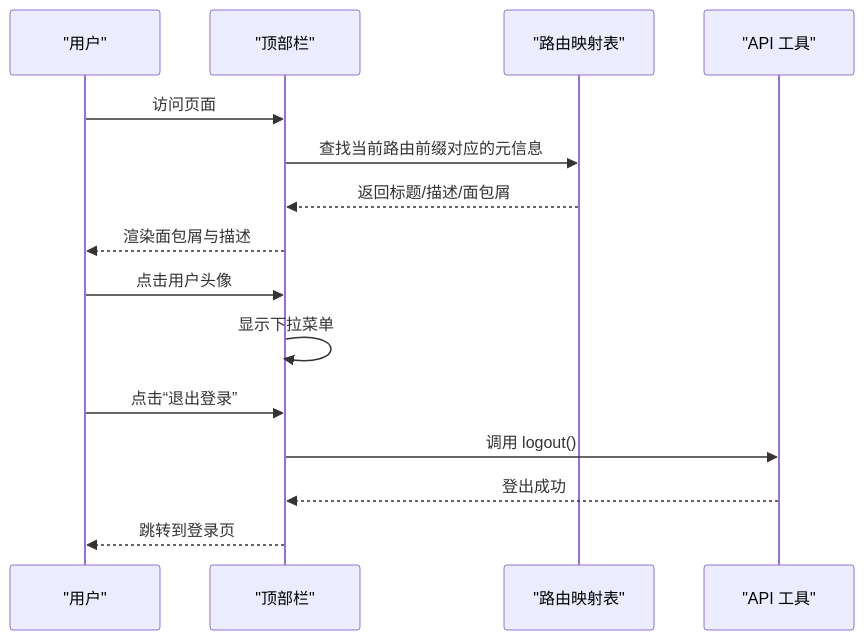
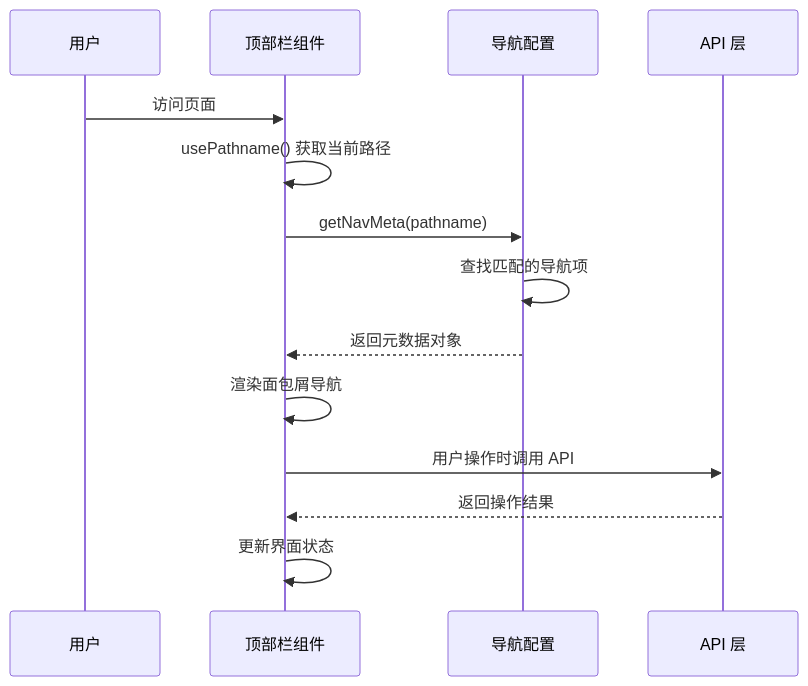
Before and after one commit to x01n/My-OpenWaf: the fifth of 7 diagrams in docs/前端管理界面/组件设计模式/导航组件.md, drawn with Mermaid. The commit also changed other lines of this file and 199 other files, not shown here.

````diff
--- a/docs/前端管理界面/组件设计模式/导航组件.md
+++ b/docs/前端管理界面/组件设计模式/导航组件.md
@@ -202,17 +243,16 @@
 ```mermaid
 sequenceDiagram
-participant User as "用户"
-participant Topbar as "顶部栏"
-participant RouteMap as "路由映射表"
-participant API as "API 工具"
+participant User as 用户
+participant Topbar as 顶部栏组件
+participant Console as 导航配置
+participant API as API 层
 User->>Topbar : 访问页面
-Topbar->>RouteMap : 查找当前路由前缀对应的元信息
-RouteMap-->>Topbar : 返回标题/描述/面包屑
-Topbar-->>User : 渲染面包屑与描述
-User->>Topbar : 点击用户头像
-Topbar->>Topbar : 显示下拉菜单
-User->>Topbar : 点击“退出登录”
-Topbar->>API : 调用 logout()
-API-->>Topbar : 登出成功
-Topbar-->>User : 跳转到登录页
+Topbar->>Topbar : usePathname() 获取当前路径
+Topbar->>Console : getNavMeta(pathname)
+Console->>Console : 查找匹配的导航项
+Console-->>Topbar : 返回元数据对象
+Topbar->>Topbar : 渲染面包屑导航
+Topbar->>API : 用户操作时调用 API
+API-->>Topbar : 返回操作结果
+Topbar->>Topbar : 更新界面状态
 ```
````
